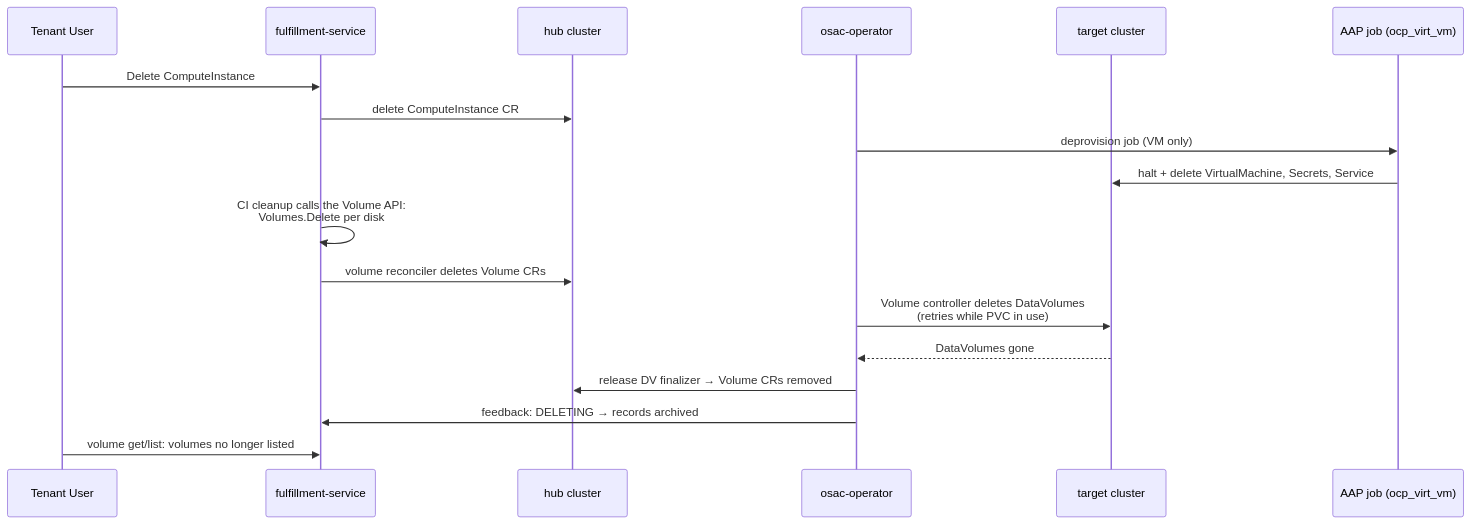
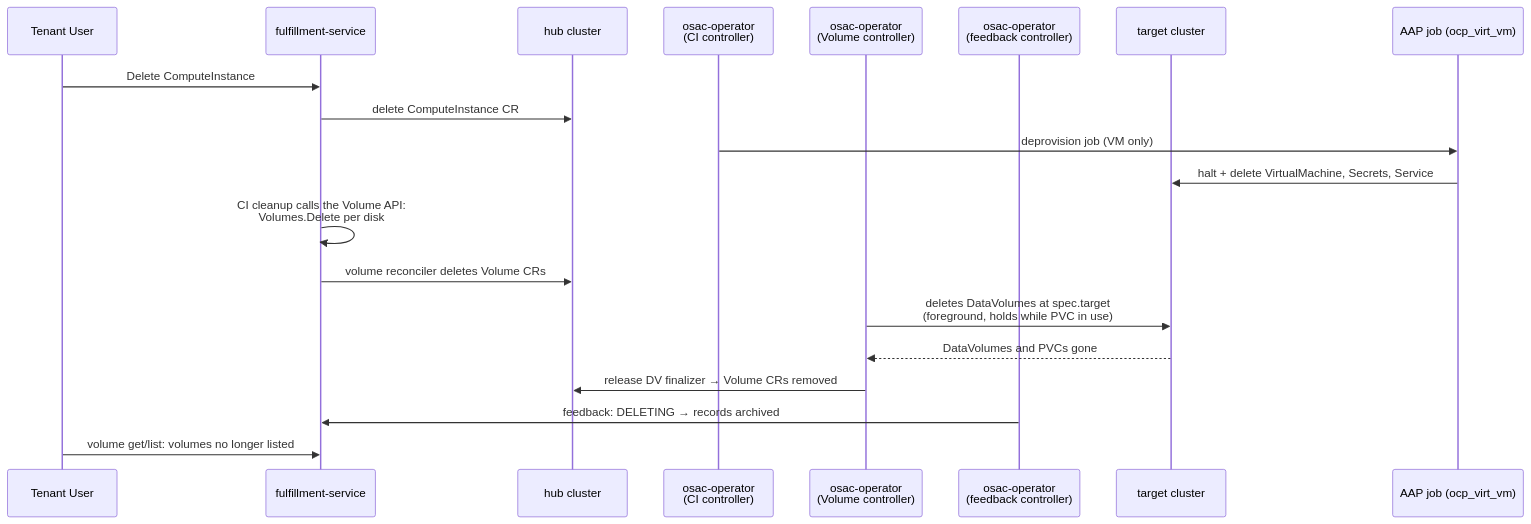
One commit to osac-project/enhancement-proposals changed the second of 2 diagrams in enhancements/OSAC-7749-volume-api-vmass-provisioning/design.md. Above: the diagram before and after it, drawn with Mermaid. The commit also changed other lines of this file, not shown here.

First line of the commit message:
OSAC-7749: split osac-operator into controller participants in diagrams

````diff
--- a/enhancements/OSAC-7749-volume-api-vmass-provisioning/design.md
+++ b/enhancements/OSAC-7749-volume-api-vmass-provisioning/design.md
@@ -313,21 +320,23 @@
 ```mermaid
 sequenceDiagram
     participant TU as Tenant User
     participant F as fulfillment-service
     participant H as hub cluster
-    participant OP as osac-operator
+    participant CI as osac-operator<br/>(CI controller)
+    participant VC as osac-operator<br/>(Volume controller)
+    participant FB as osac-operator<br/>(feedback controller)
     participant T as target cluster
     participant AAP as AAP job (ocp_virt_vm)
 
     TU->>F: Delete ComputeInstance
     F->>H: delete ComputeInstance CR
-    OP->>AAP: deprovision job (VM only)
+    CI->>AAP: deprovision job (VM only)
     AAP->>T: halt + delete VirtualMachine, Secrets, Service
     F->>F: CI cleanup calls the Volume API:<br/>Volumes.Delete per disk
     F->>H: volume reconciler deletes Volume CRs
-    OP->>T: Volume controller deletes DataVolumes<br/>(retries while PVC in use)
-    T-->>OP: DataVolumes gone
-    OP->>H: release DV finalizer → Volume CRs removed
-    OP->>F: feedback: DELETING → records archived
+    VC->>T: deletes DataVolumes at spec.target<br/>(foreground, holds while PVC in use)
+    T-->>VC: DataVolumes and PVCs gone
+    VC->>H: release DV finalizer → Volume CRs removed
+    FB->>F: feedback: DELETING → records archived
     TU->>F: volume get/list: volumes no longer listed
 ```
````
